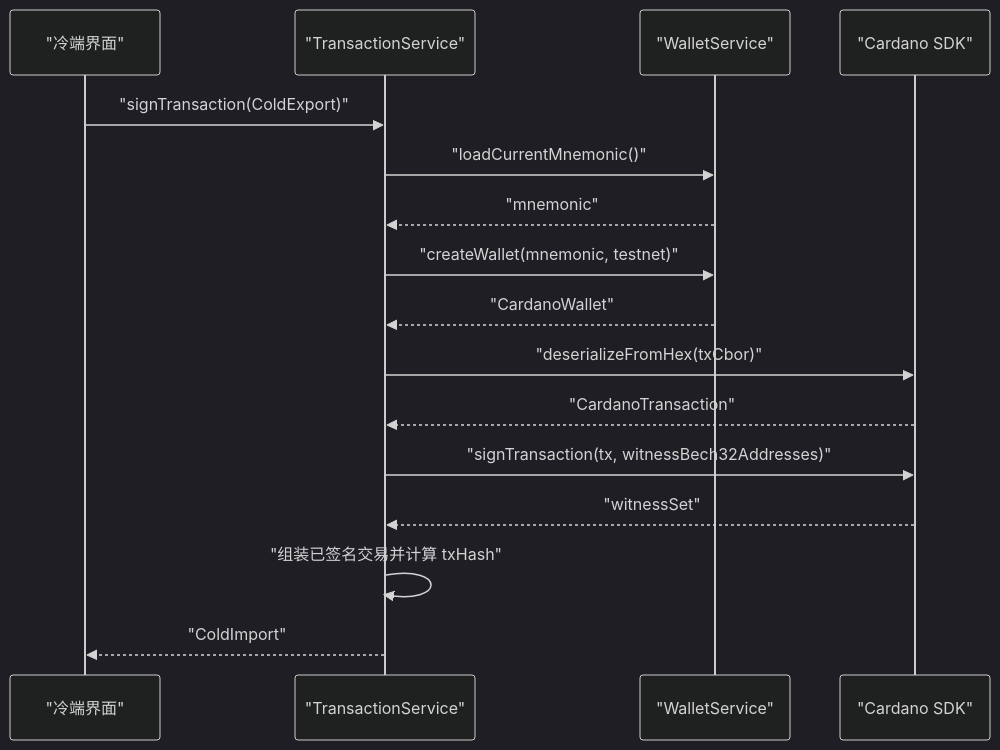
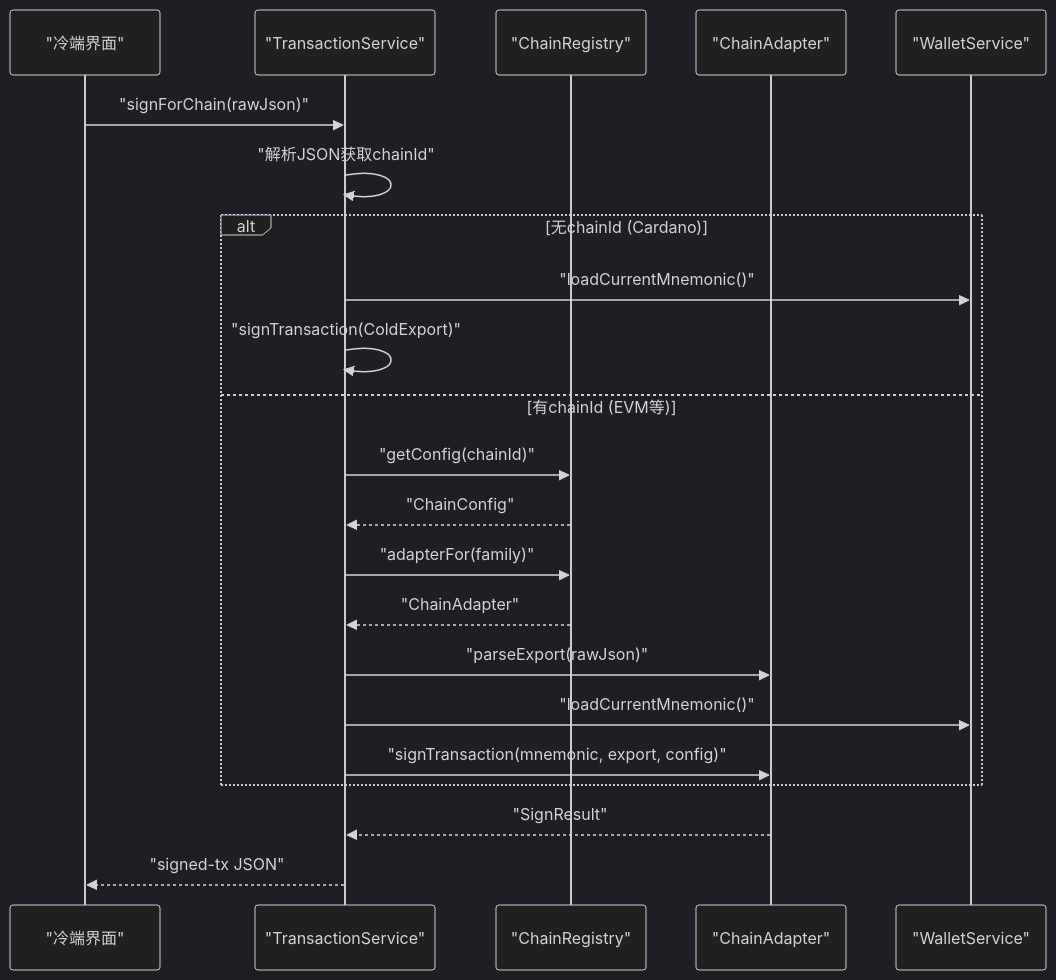
Before and after one commit to EqualToEthan/stasis: the fifth of 7 diagrams in .qoder/repowiki/zh/content/架构设计/服务层架构.md, drawn with Mermaid (dark theme). The commit also changed other lines of this file and 40 other files, not shown here.

````diff
--- a/.qoder/repowiki/zh/content/架构设计/服务层架构.md
+++ b/.qoder/repowiki/zh/content/架构设计/服务层架构.md
@@ -266,18 +373,24 @@
 ```mermaid
 sequenceDiagram
 participant UI as "冷端界面"
 participant TX as "TransactionService"
-participant WS as "WalletService"
-participant SDK as "Cardano SDK"
-UI->>TX : "signTransaction(ColdExport)"
-TX->>WS : "loadCurrentMnemonic()"
-WS-->>TX : "mnemonic"
-TX->>WS : "createWallet(mnemonic, testnet)"
-WS-->>TX : "CardanoWallet"
-TX->>SDK : "deserializeFromHex(txCbor)"
-SDK-->>TX : "CardanoTransaction"
-TX->>SDK : "signTransaction(tx, witnessBech32Addresses)"
-SDK-->>TX : "witnessSet"
-TX->>TX : "组装已签名交易并计算 txHash"
-TX-->>UI : "ColdImport"
+participant CR as "ChainRegistry"
+participant ADAPTER as "ChainAdapter"
+participant WALLET as "WalletService"
+UI->>TX : "signForChain(rawJson)"
+TX->>TX : "解析JSON获取chainId"
+alt 无chainId (Cardano)
+TX->>WALLET : "loadCurrentMnemonic()"
+TX->>TX : "signTransaction(ColdExport)"
+else 有chainId (EVM等)
+TX->>CR : "getConfig(chainId)"
+CR-->>TX : "ChainConfig"
+TX->>CR : "adapterFor(family)"
+CR-->>TX : "ChainAdapter"
+TX->>ADAPTER : "parseExport(rawJson)"
+TX->>WALLET : "loadCurrentMnemonic()"
+TX->>ADAPTER : "signTransaction(mnemonic, export, config)"
+end
+ADAPTER-->>TX : "SignResult"
+TX-->>UI : "signed-tx JSON"
 ```
````
